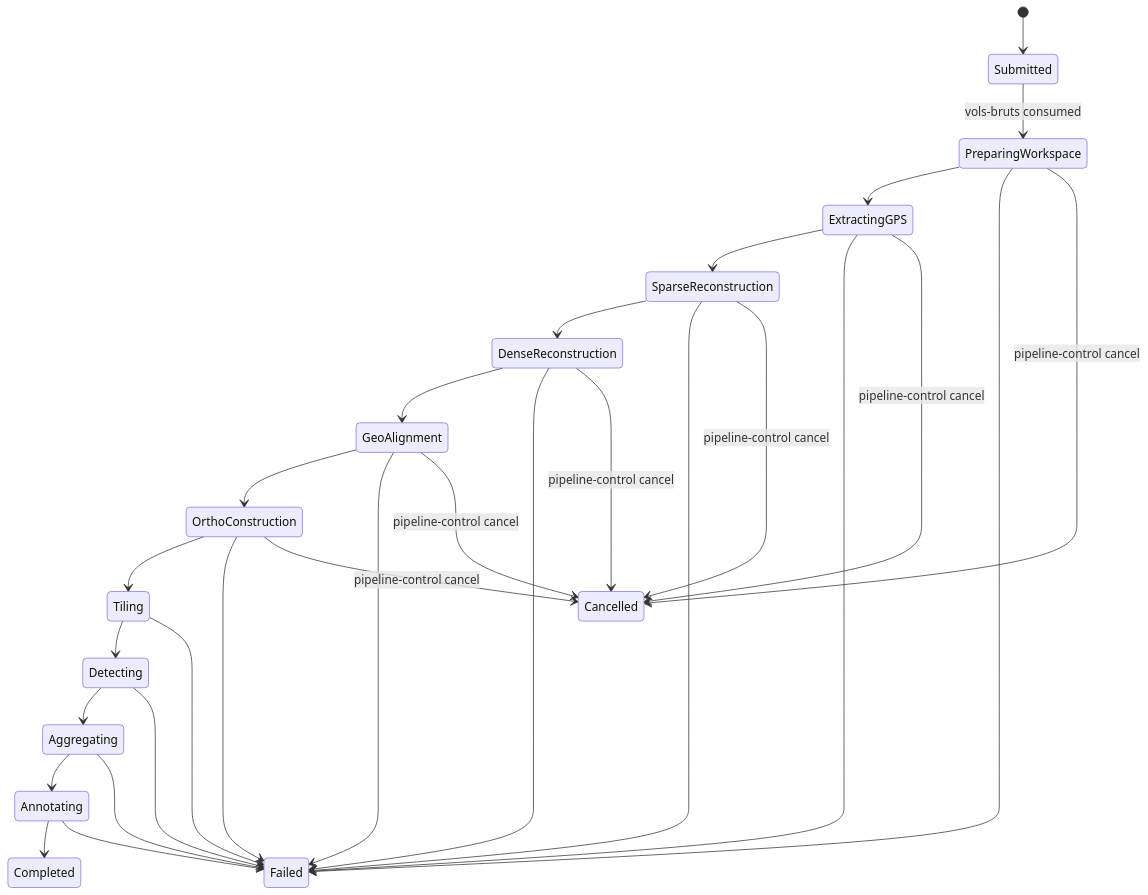
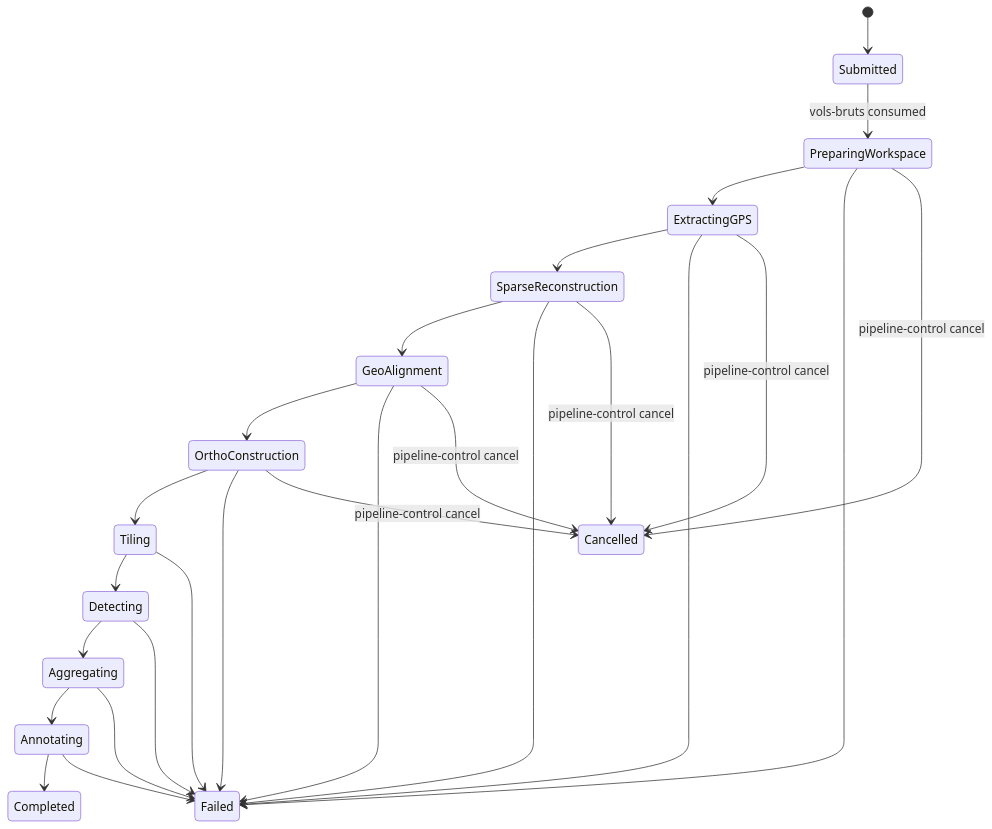
Before and after one commit to olivelb/DroneAI: the second of 7 diagrams in DOCUMENTATION.md, drawn with Mermaid. The commit also changed other lines of this file and 40 other files, not shown here.

````diff
--- a/DOCUMENTATION.md
+++ b/DOCUMENTATION.md
@@ -520,33 +513,30 @@
 ```mermaid
 stateDiagram-v2
     [*] --> Submitted
     Submitted --> PreparingWorkspace: vols-bruts consumed
     PreparingWorkspace --> ExtractingGPS
     ExtractingGPS --> SparseReconstruction
-    SparseReconstruction --> DenseReconstruction
-    DenseReconstruction --> GeoAlignment
+    SparseReconstruction --> GeoAlignment
     GeoAlignment --> OrthoConstruction
     OrthoConstruction --> Tiling
     Tiling --> Detecting
     Detecting --> Aggregating
     Aggregating --> Annotating
     Annotating --> Completed
 
     PreparingWorkspace --> Failed
     ExtractingGPS --> Failed
     SparseReconstruction --> Failed
-    DenseReconstruction --> Failed
     GeoAlignment --> Failed
     OrthoConstruction --> Failed
     Tiling --> Failed
     Detecting --> Failed
     Aggregating --> Failed
     Annotating --> Failed
 
     PreparingWorkspace --> Cancelled: pipeline-control cancel
     ExtractingGPS --> Cancelled: pipeline-control cancel
     SparseReconstruction --> Cancelled: pipeline-control cancel
-    DenseReconstruction --> Cancelled: pipeline-control cancel
     GeoAlignment --> Cancelled: pipeline-control cancel
     OrthoConstruction --> Cancelled: pipeline-control cancel
 ```
````
